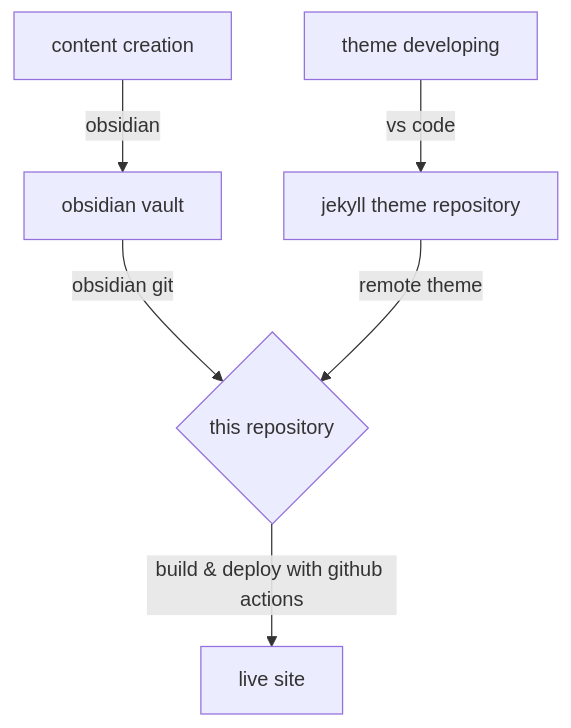
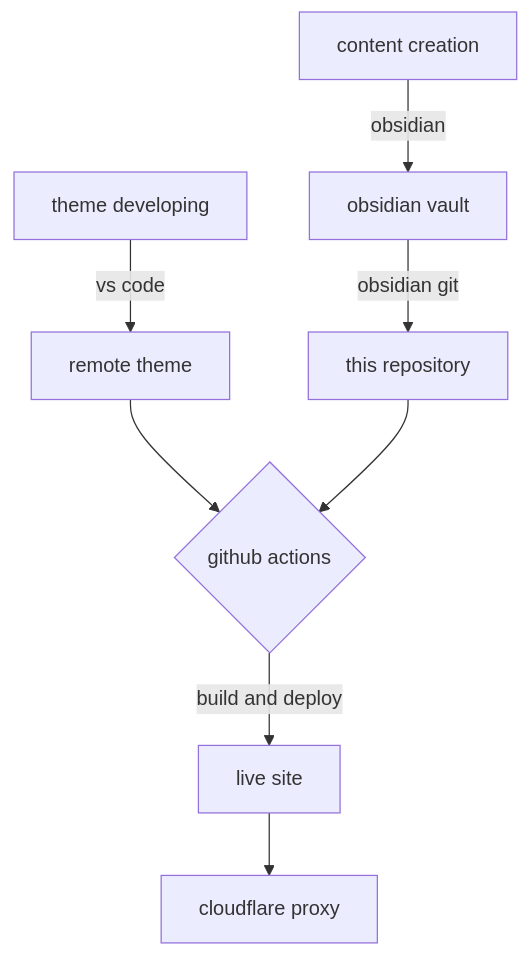
The diagram in README.md (feeshy/feeshy.github.io), drawn with Mermaid before and after one commit. The commit also changed other lines of this file and 5 other files, not shown here.

````diff
--- a/README.md
+++ b/README.md
@@ -10,6 +10,6 @@
 ```mermaid
 flowchart TD
-A[content creation] -->|obsidian| B[obsidian vault] -->|obsidian git| C{this repository}
-D[theme developing] -->|vs code| E[jekyll theme repository] -->|remote theme| C
-C -->|build & deploy with github actions| F[live site]
+A[content creation] -->|obsidian| B[obsidian vault] -->|obsidian git| C[this repository]
+D[theme developing] -->|vs code| E[remote theme] --> F
+C --> F{github actions} -->|build and deploy| G[live site] --> H[cloudflare proxy]
 ```
````
